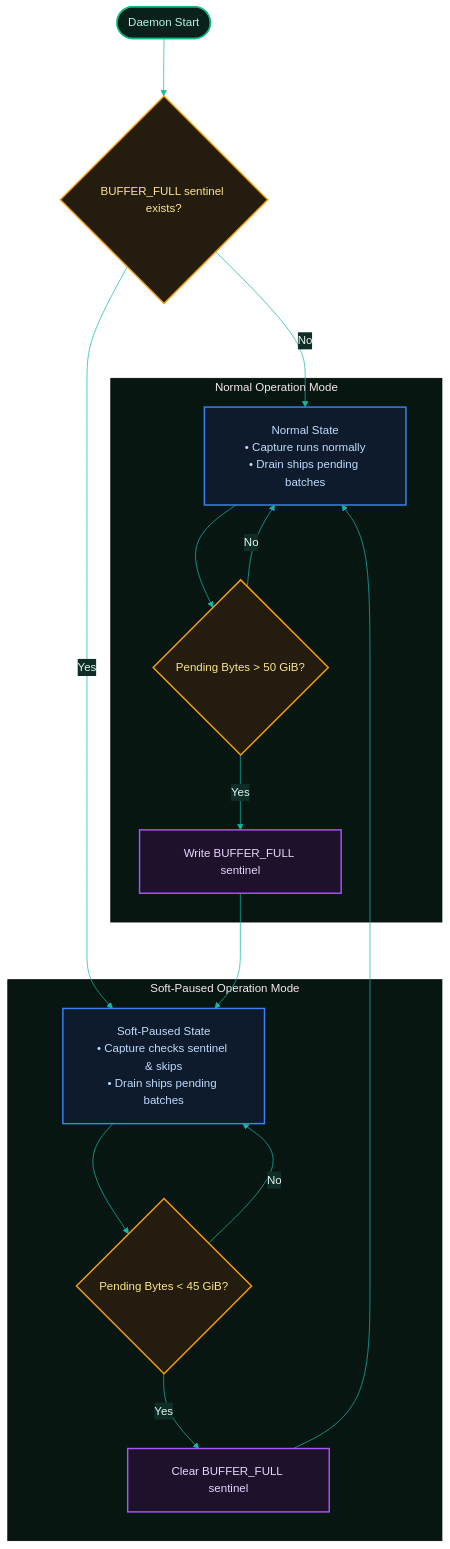
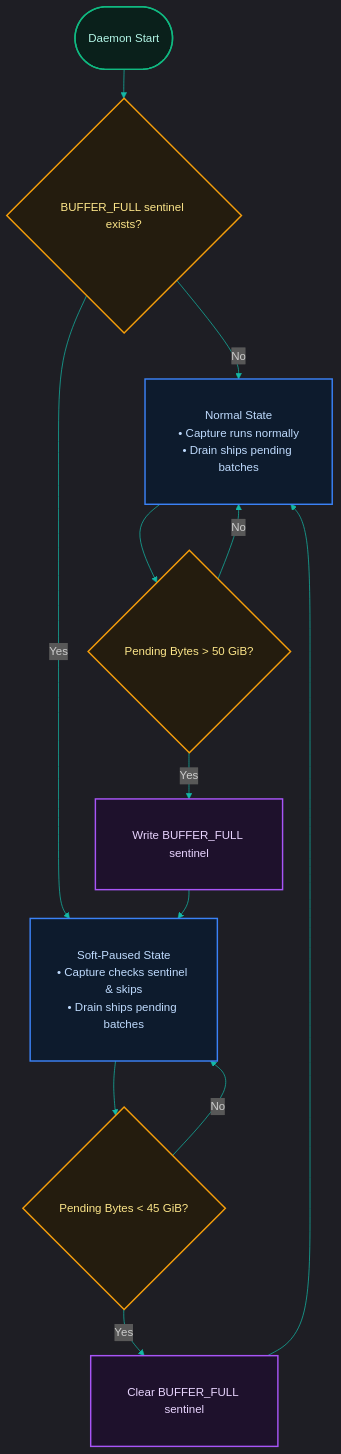
One commit to proxai/proxai_gateway changed the diagram in docs/03-buffer/3.2-buffer-pressure-and-pruning.md. Above: the diagram before and after it, drawn with Mermaid. The commit also changed other lines of this file and 68 other files, not shown here.

````diff
--- a/docs/03-buffer/3.2-buffer-pressure-and-pruning.md
+++ b/docs/03-buffer/3.2-buffer-pressure-and-pruning.md
@@ -20,49 +20,31 @@
 ```mermaid
-%%{init: {"flowchart": {"useMaxWidth": false, "htmlLabels": true, "curve": "basis", "nodeSpacing": 60, "rankSpacing": 80, "padding": 20}, "theme": "base", "themeVariables": {"background": "#081612", "primaryColor": "#0c231f", "primaryTextColor": "#e6f4f1", "primaryBorderColor": "#14b8a6", "lineColor": "#14b8a6", "secondaryColor": "#0d2d26", "tertiaryColor": "#081612", "mainBkg": "#0a201b", "mainBkgColor": "#0a201b", "mainBorderColor": "#14b8a6", "mainTextColor": "#ccfbf1"}, "themeCSS": ".edgePath .path { stroke: #14b8a6 !important; stroke-width: 2px !important; } .edgePath .marker-end { fill: #14b8a6 !important; } .label { color: #ccfbf1 !important; }"}}%%
+%%{init: {"theme": "dark", "themeVariables": {"primaryColor": "#0a201b", "primaryTextColor": "#ccfbf1", "primaryBorderColor": "#14b8a6", "lineColor": "#14b8a6", "fontFamily": "Inter, sans-serif"}, "flowchart": {"nodeSpacing": 35, "rankSpacing": 40}}}%%
 flowchart TD
-  classDef startNode fill:#0a201b,stroke:#10b981,stroke-width:2px,color:#b3f5e6;
-  classDef stopNode fill:#241212,stroke:#ef4444,stroke-width:2px,color:#fca5a5;
-  classDef decNode fill:#241c0e,stroke:#f59e0b,stroke-width:2px,color:#fde68a;
-  classDef processNode fill:#0d1b2d,stroke:#3b82f6,stroke-width:2px,color:#bfdbfe;
-  classDef actionNode fill:#1e112c,stroke:#a855f7,stroke-width:2px,color:#e9d5ff;
-  classDef default fill:#0a201b,stroke:#14b8a6,stroke-width:2px,color:#ccfbf1;
+  init([Daemon Start]) --> checkSentinel{"BUFFER_FULL sentinel exists?"}
+  checkSentinel -->|"No"| stateNormal["Normal State<br/>• Capture runs normally<br/>• Drain ships pending batches"]
+  checkSentinel -->|"Yes"| statePaused["Soft-Paused State<br/>• Capture checks sentinel & skips<br/>• Drain ships pending batches"]
+  stateNormal --> checkPause{"Pending Bytes > 50 GiB?"}
+  checkPause -->|"No"| stateNormal
+  checkPause -->|"Yes"| writeSentinel["Write BUFFER_FULL sentinel"]
+  writeSentinel --> statePaused
+  statePaused --> checkResume{"Pending Bytes < 45 GiB?"}
+  checkResume -->|"No"| statePaused
+  checkResume -->|"Yes"| clearSentinel["Clear BUFFER_FULL sentinel"]
+  clearSentinel --> stateNormal
 
-  init([Daemon Start])
-  checkSentinel{"BUFFER_FULL sentinel exists?"}
-
-  subgraph NormalSub["Normal Operation Mode"]
-    stateNormal["Normal State<br/>• Capture runs normally<br/>• Drain ships pending batches"]
-    checkPause{"Pending Bytes > 50 GiB?"}
-    writeSentinel["Write BUFFER_FULL sentinel"]
-  end
-
-  subgraph PausedSub["Soft-Paused Operation Mode"]
-    statePaused["Soft-Paused State<br/>• Capture checks sentinel & skips<br/>• Drain ships pending batches"]
-    checkResume{"Pending Bytes < 45 GiB?"}
-    clearSentinel["Clear BUFFER_FULL sentinel"]
-  end
-
-  init --> checkSentinel
-  
-  checkSentinel -->|No| stateNormal
-  checkSentinel -->|Yes| statePaused
-  
-  stateNormal --> checkPause
-  checkPause -->|No| stateNormal
-  checkPause -->|Yes| writeSentinel
-  writeSentinel --> statePaused
-  
-  statePaused --> checkResume
-  checkResume -->|No| statePaused
-  checkResume -->|Yes| clearSentinel
-  clearSentinel --> stateNormal
+  classDef startNode fill:#0a201b,stroke:#10b981,stroke-width:2px,color:#b3f5e6,padding:10px 25px;
+  classDef stopNode fill:#241212,stroke:#ef4444,stroke-width:2px,color:#fca5a5,padding:10px 25px;
+  classDef decNode fill:#241c0e,stroke:#f59e0b,stroke-width:2px,color:#fde68a,padding:10px 20px;
+  classDef processNode fill:#0d1b2d,stroke:#3b82f6,stroke-width:2px,color:#bfdbfe,padding:10px 20px;
+  classDef actionNode fill:#1e112c,stroke:#a855f7,stroke-width:2px,color:#e9d5ff,padding:10px 20px;
+  classDef default fill:#0a201b,stroke:#14b8a6,stroke-width:2px,color:#ccfbf1,padding:10px 20px;
 
   class init startNode;
   class checkSentinel decNode;
   class checkPause decNode;
   class checkResume decNode;
   class stateNormal processNode;
   class statePaused processNode;
   class writeSentinel actionNode;
   class clearSentinel actionNode;
 ```
````
